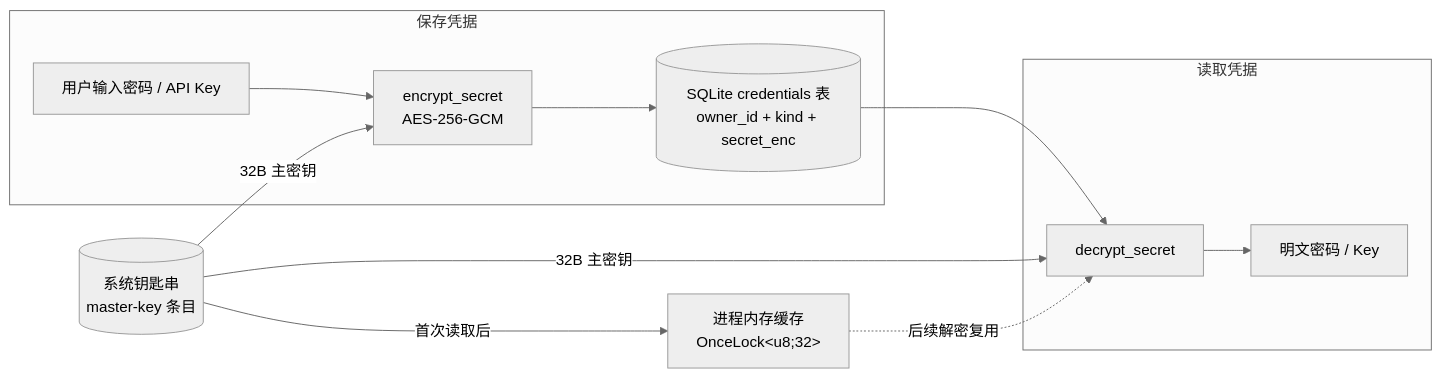
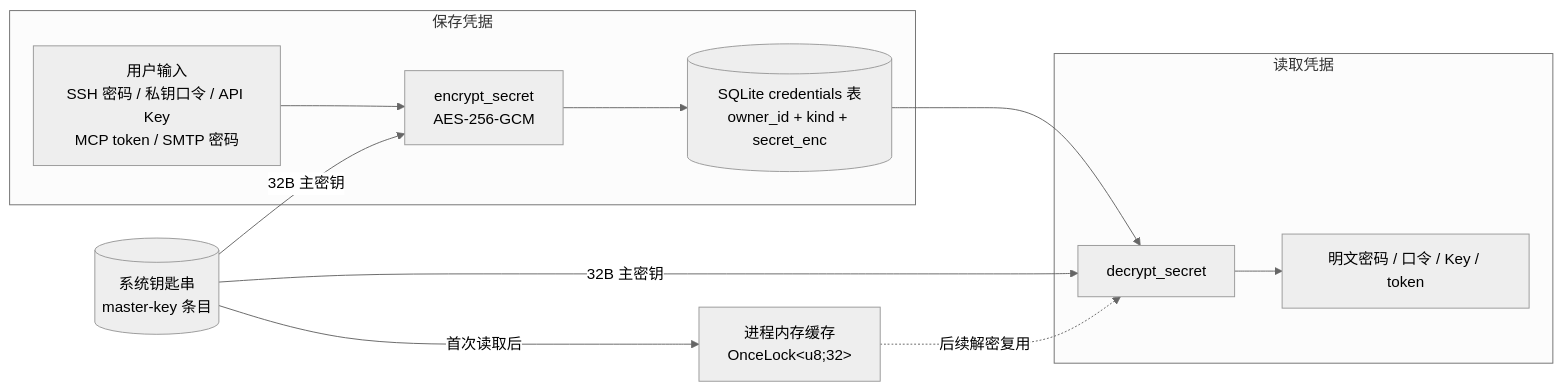
One commit to shaguocgl/buff-term changed the first of 3 diagrams in docs/密码存储加密设计.md. Above: the diagram before and after it, drawn with Mermaid (neutral theme). The commit also changed other lines of this file and 25 other files, not shown here.

````diff
--- a/docs/密码存储加密设计.md
+++ b/docs/密码存储加密设计.md
@@ -7,15 +7,15 @@
 ```mermaid
 flowchart LR
   subgraph 保存凭据
-    U[用户输入密码 / API Key] --> ENC[encrypt_secret<br/>AES-256-GCM]
+    U[用户输入<br/>SSH 密码 / 私钥口令 / API Key<br/>MCP token / SMTP 密码] --> ENC[encrypt_secret<br/>AES-256-GCM]
     ENC --> DB[("SQLite credentials 表<br/>owner_id + kind + secret_enc")]
   end
   subgraph 读取凭据
     DB --> DEC[decrypt_secret]
-    DEC --> P[明文密码 / Key]
+    DEC --> P[明文密码 / 口令 / Key / token]
   end
   KEY[(系统钥匙串<br/>master-key 条目)] -->|32B 主密钥| ENC
   KEY -->|32B 主密钥| DEC
   KEY -->|首次读取后| MEM[进程内存缓存<br/>OnceLock&lt;u8;32&gt;]
   MEM -.->|后续解密复用| DEC
 ```
````
